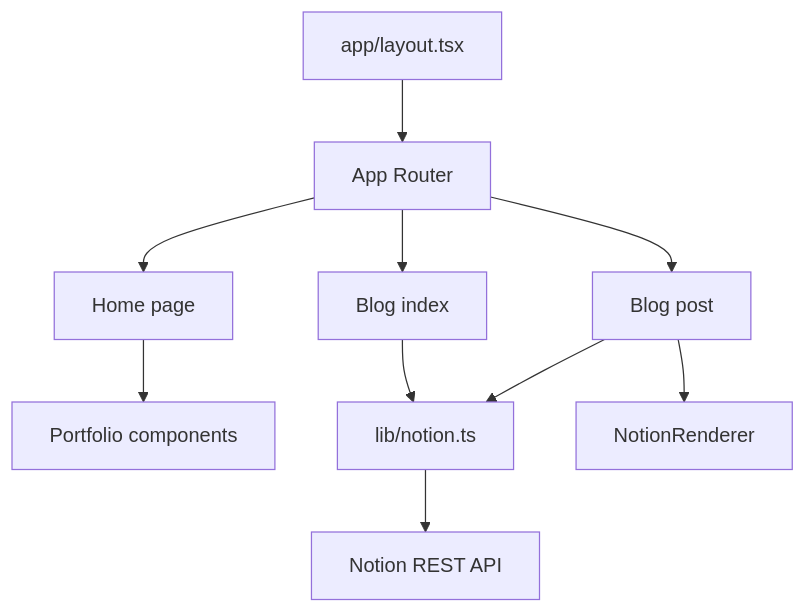
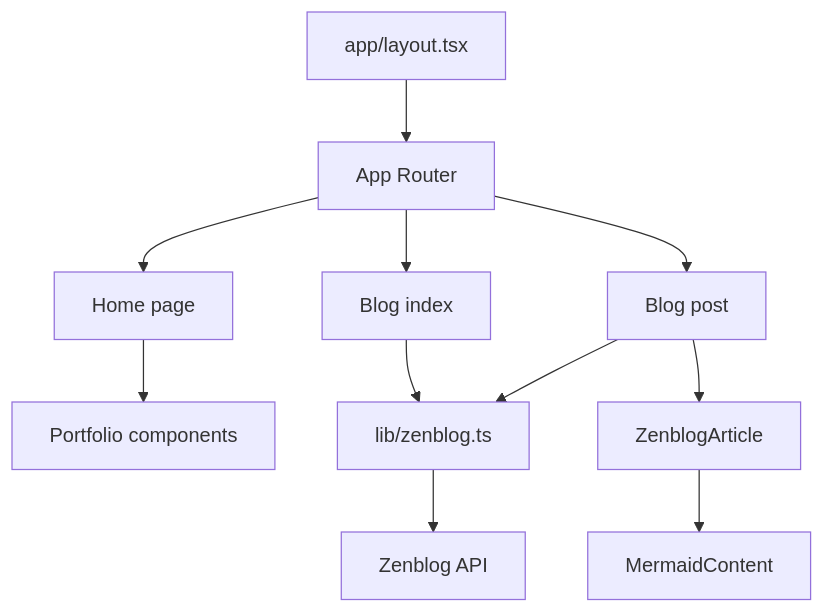
One commit to JaviCeRodriguez/javier-portfolio changed the second of 3 diagrams in docs/architecture/diagrams.md. Above: the diagram before and after it, drawn with Mermaid. The commit also changed other lines of this file and 28 other files, not shown here.

Commit message:
feat(002-zenblog-mermaid-poc): migrate blog to Zenblog

````diff
--- a/docs/architecture/diagrams.md
+++ b/docs/architecture/diagrams.md
@@ -14,12 +14,13 @@
 ```mermaid
 flowchart TD
   Layout[app/layout.tsx] --> Routes[App Router]
   Routes --> Home[Home page]
   Routes --> BlogIndex[Blog index]
   Routes --> BlogPost[Blog post]
   Home --> Sections[Portfolio components]
-  BlogIndex --> NotionClient[lib/notion.ts]
-  BlogPost --> NotionClient
-  BlogPost --> Renderer[NotionRenderer]
-  NotionClient --> NotionAPI[Notion REST API]
+  BlogIndex --> ZenblogClient[lib/zenblog.ts]
+  BlogPost --> ZenblogClient
+  BlogPost --> Renderer[ZenblogArticle]
+  Renderer --> Mermaid[MermaidContent]
+  ZenblogClient --> ZenblogAPI[Zenblog API]
 ```
````
